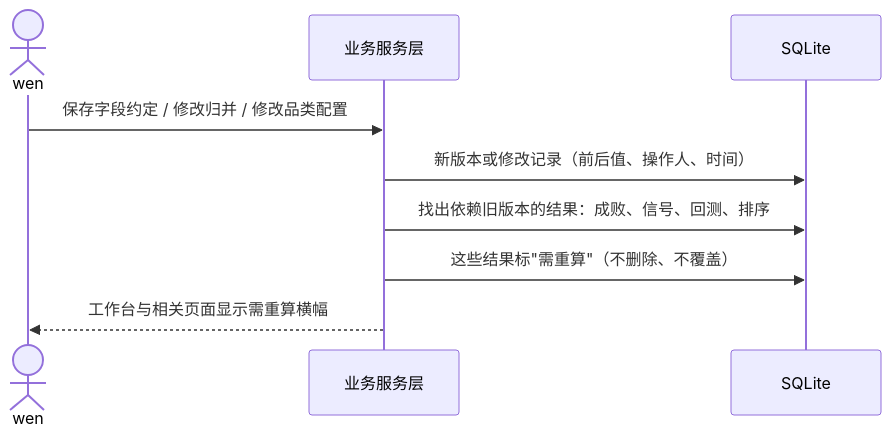
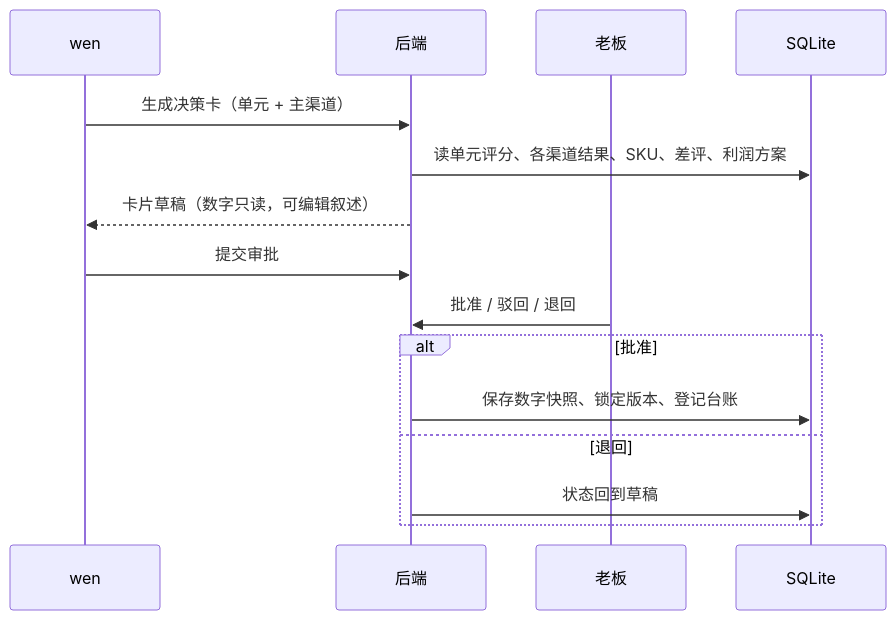
One commit to staring9811-prog/wxb981111-163.com changed the second of 2 diagrams in opportunity-research/output/技术方案.md. Above: the diagram before and after it, drawn with Mermaid. The commit also changed other lines of this file and 2 other files, not shown here.

````diff
--- a/opportunity-research/output/技术方案.md
+++ b/opportunity-research/output/技术方案.md
@@ -318,11 +147,17 @@
 ```mermaid
 sequenceDiagram
-    actor W as wen
-    participant Core as 业务服务层
+    participant W as wen
+    participant A as 后端
+    participant B as 老板
     participant DB as SQLite
-    W->>Core: 保存字段约定 / 修改归并 / 修改品类配置
-    Core->>DB: 新版本或修改记录（前后值、操作人、时间）
-    Core->>DB: 找出依赖旧版本的结果：成败、信号、回测、排序
-    Core->>DB: 这些结果标"需重算"（不删除、不覆盖）
-    Core-->>W: 工作台与相关页面显示需重算横幅
+    W->>A: 生成决策卡（单元 + 主渠道）
+    A->>DB: 读单元评分、各渠道结果、SKU、差评、利润方案
+    A-->>W: 卡片草稿（数字只读，可编辑叙述）
+    W->>A: 提交审批
+    B->>A: 批准 / 驳回 / 退回
+    alt 批准
+        A->>DB: 保存数字快照、锁定版本、登记台账
+    else 退回
+        A->>DB: 状态回到草稿
+    end
 ```
````
